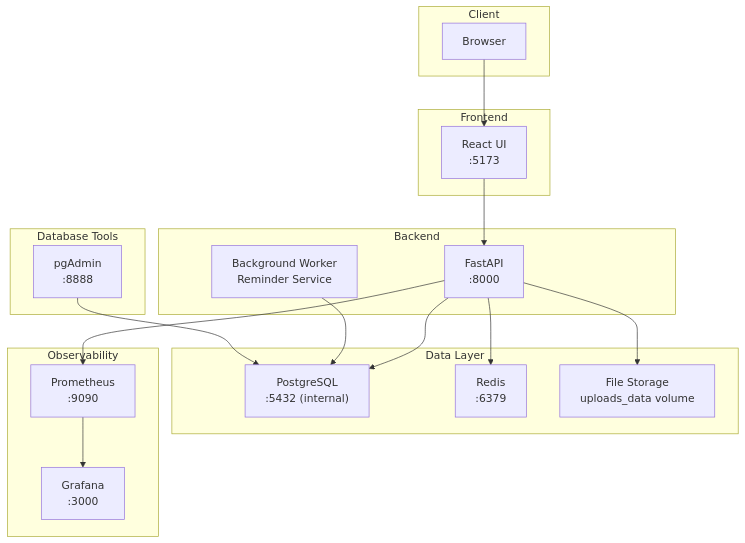
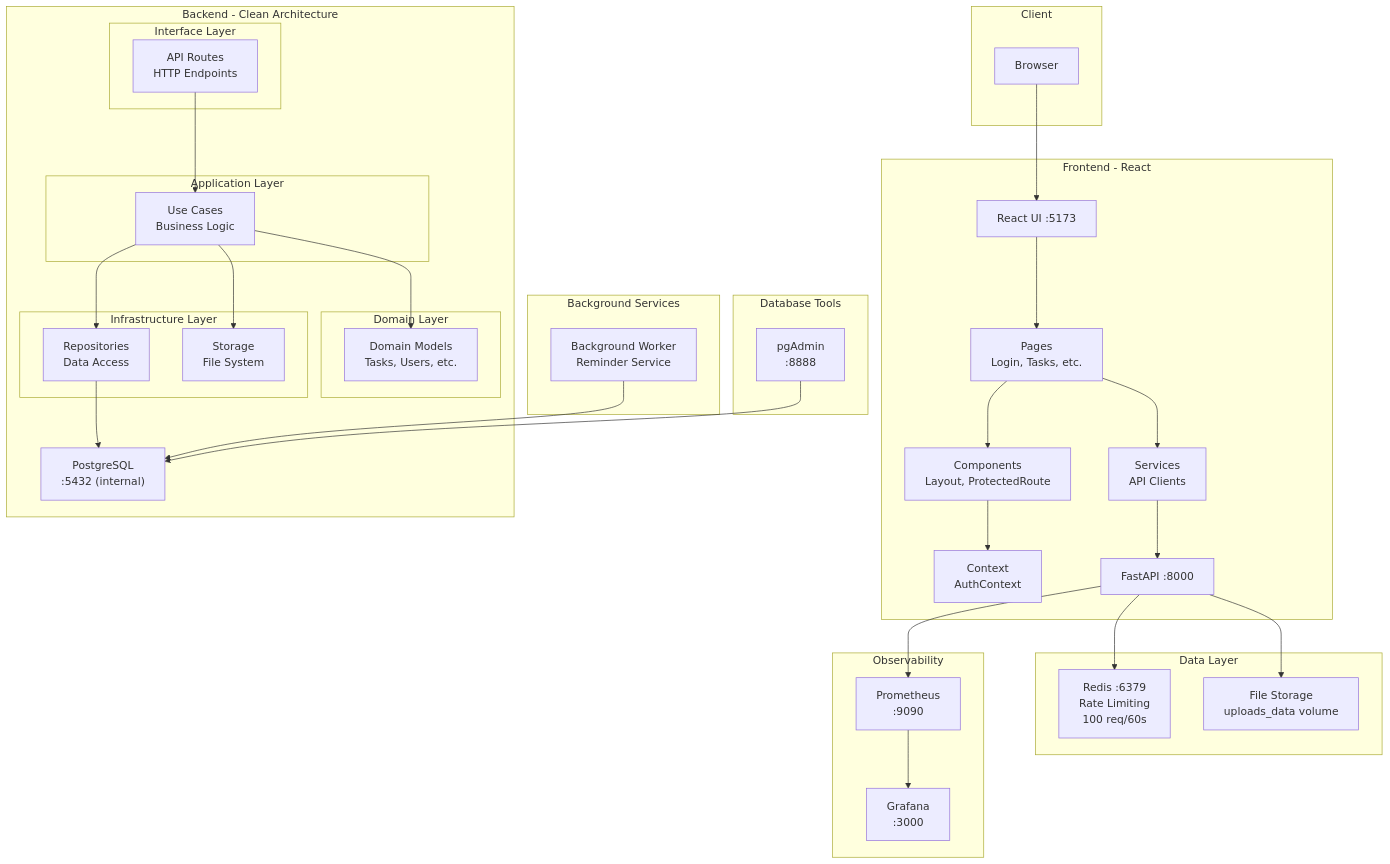
The diagram in README.md (michaelwybraniec/deepsee), drawn with Mermaid before and after one commit. The commit also changed other lines of this file, not shown here.

Commit message:
docs: enhance architecture diagram with Clean Architecture layers and frontend components
- Added Redis description (rate limiting, 100 req/60s)
- Expanded backend to show Clean Architecture layers (Interface → Application → Domain → Infrastructure)
- Added frontend architecture components (Pages, Components, Services, Context)
- Improved visual flow and structure of the diagram

````diff
--- a/README.md
+++ b/README.md
@@ -32,40 +32,74 @@
 ```mermaid
 graph TB
     subgraph "Client"
         Browser[Browser]
     end
     
-    subgraph "Frontend"
-        React["React UI<br/>:5173"]
+    subgraph "Frontend - React"
+        React["React UI :5173"]
+        Pages["Pages<br/>Login, Tasks, etc."]
+        Components["Components<br/>Layout, ProtectedRoute"]
+        Services["Services<br/>API Clients"]
+        Context["Context<br/>AuthContext"]
+        
+        React --> Pages
+        Pages --> Components
+        Pages --> Services
+        Components --> Context
+        Services --> API
     end
     
-    subgraph "Backend"
-        API["FastAPI<br/>:8000"]
+    subgraph "Backend - Clean Architecture"
+        API["FastAPI :8000"]
+        
+        subgraph "Interface Layer"
+            Routes["API Routes<br/>HTTP Endpoints"]
+        end
+        
+        subgraph "Application Layer"
+            UseCases["Use Cases<br/>Business Logic"]
+        end
+        
+        subgraph "Domain Layer"
+            Domain["Domain Models<br/>Tasks, Users, etc."]
+        end
+        
+        subgraph "Infrastructure Layer"
+            Repos["Repositories<br/>Data Access"]
+            StorageInfra["Storage<br/>File System"]
+        end
+        
+        Routes --> UseCases
+        UseCases --> Domain
+        UseCases --> Repos
+        Repos --> DB
+        UseCases --> StorageInfra
+    end
+    
+    subgraph "Background Services"
         Worker["Background Worker<br/>Reminder Service"]
     end
     
     subgraph "Data Layer"
         DB["PostgreSQL<br/>:5432 (internal)"]
-        Redis["Redis<br/>:6379"]
+        Redis["Redis :6379<br/>Rate Limiting<br/>100 req/60s"]
         Storage["File Storage<br/>uploads_data volume"]
     end
     
     subgraph "Observability"
         Prometheus["Prometheus<br/>:9090"]
         Grafana["Grafana<br/>:3000"]
     end
     
     subgraph "Database Tools"
         pgAdmin["pgAdmin<br/>:8888"]
     end
     
     Browser --> React
-    React --> API
-    API --> DB
     API --> Redis
     API --> Storage
     Worker --> DB
     API --> Prometheus
     Prometheus --> Grafana
     pgAdmin --> DB
 ```
````
